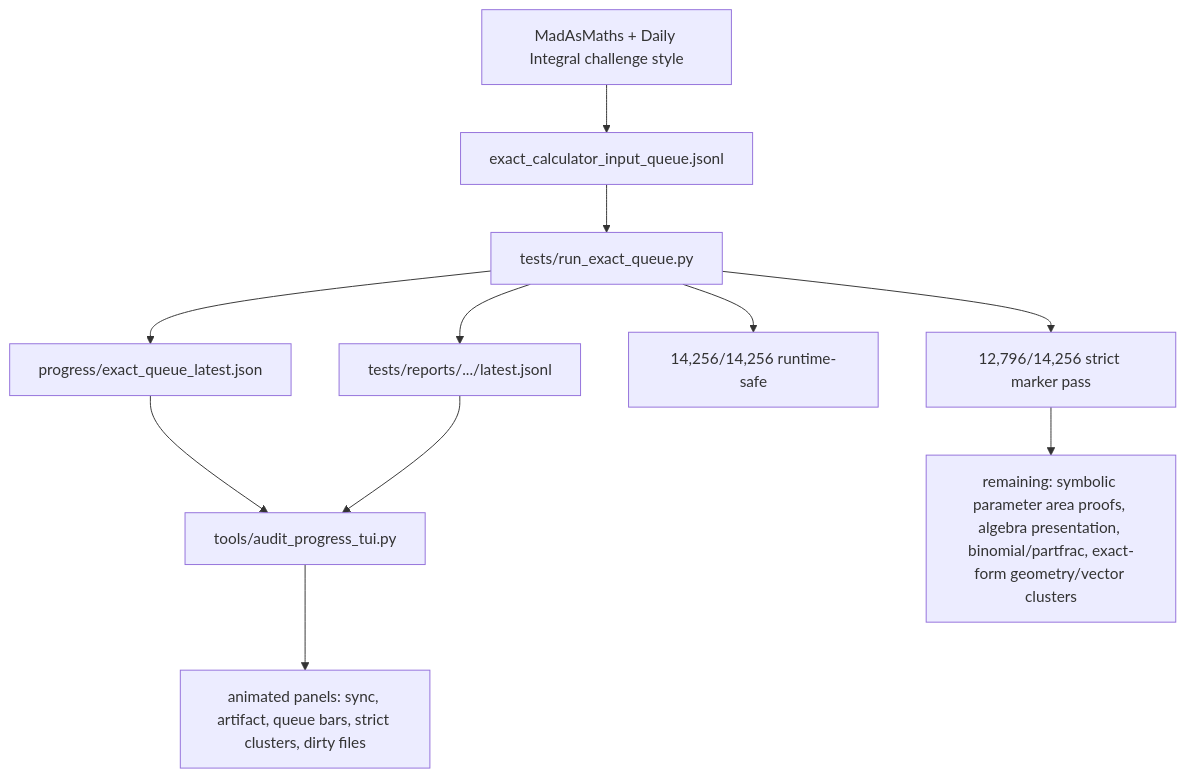
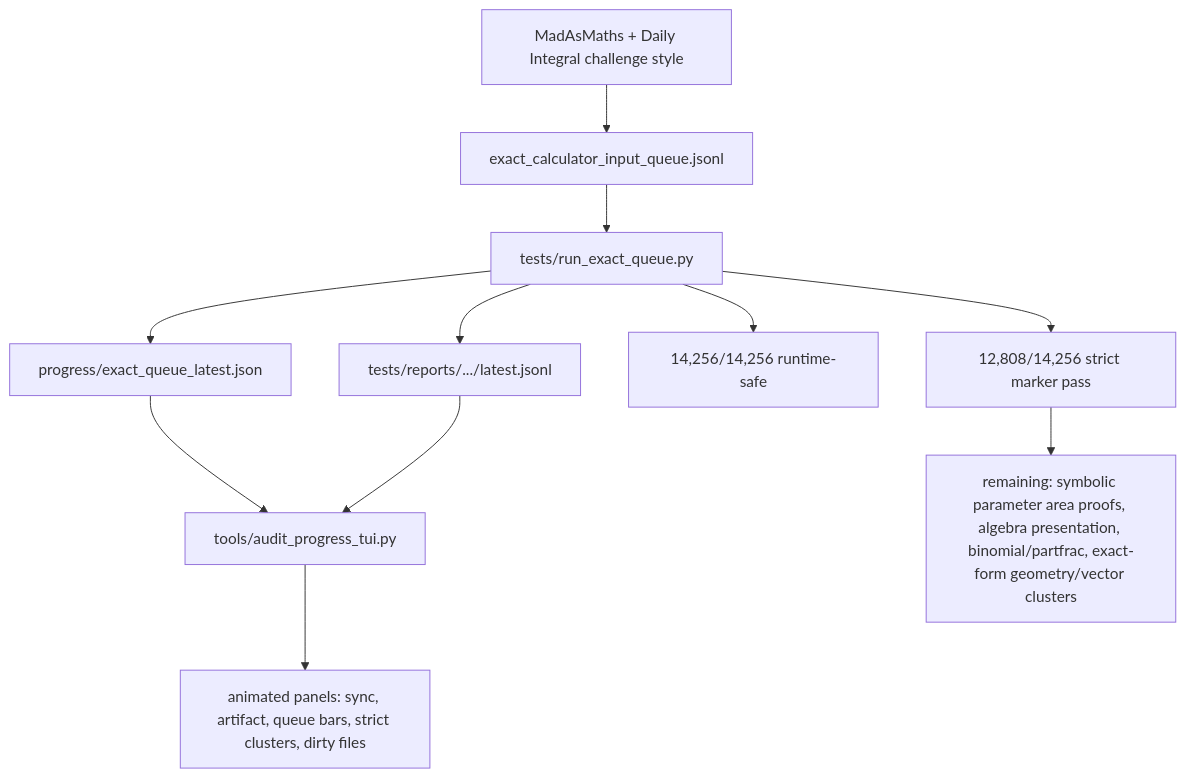
One commit to james8464/notes-addin-casio-fx-cg50 changed the fifth of 6 diagrams in docs/GRAPH.md. Above: the diagram before and after it, drawn with Mermaid. The commit also changed other lines of this file and 3 other files, not shown here.

````diff
--- a/docs/GRAPH.md
+++ b/docs/GRAPH.md
@@ -60,13 +60,13 @@
 ```mermaid
 graph TD
   Online["MadAsMaths + Daily Integral challenge style"] --> Queue["exact_calculator_input_queue.jsonl"]
   Queue --> Runner["tests/run_exact_queue.py"]
   Runner --> Live["progress/exact_queue_latest.json"]
   Runner --> Report["tests/reports/.../latest.jsonl"]
   Live --> TUI["tools/audit_progress_tui.py"]
   Report --> TUI
   TUI --> Panels["animated panels: sync, artifact, queue bars, strict clusters, dirty files"]
   Runner --> Runtime["14,256/14,256 runtime-safe"]
-  Runner --> Strict["12,796/14,256 strict marker pass"]
+  Runner --> Strict["12,808/14,256 strict marker pass"]
   Strict --> Remaining["remaining: symbolic parameter area proofs, algebra presentation, binomial/partfrac, exact-form geometry/vector clusters"]
 ```
````
